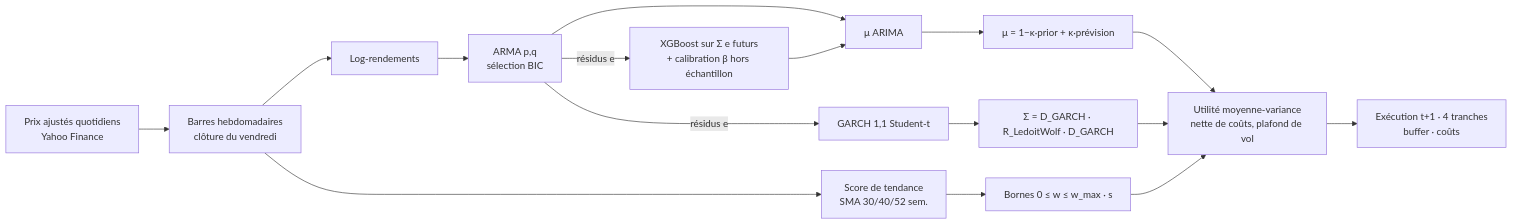
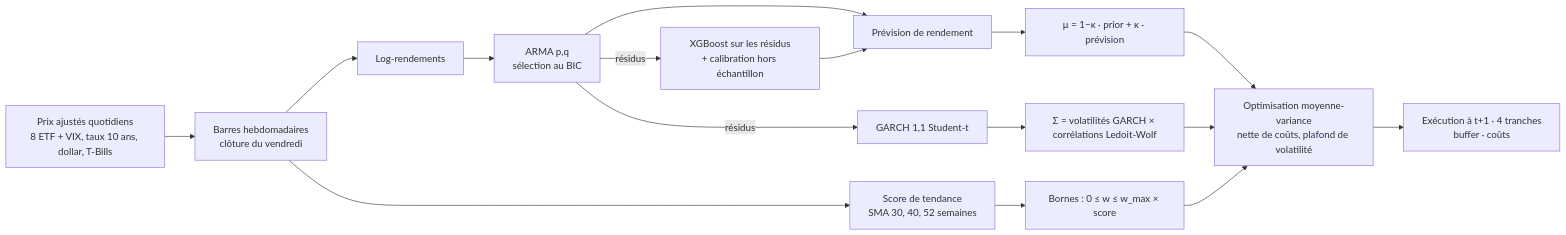
The diagram in README.md (Anto279/strat-invest-direct), drawn with Mermaid before and after one commit. The commit also changed other lines of this file and 37 other files, not shown here.

````diff
--- a/README.md
+++ b/README.md
@@ -25,18 +72,18 @@
 ```mermaid
 flowchart LR
-    A[Prix ajustés quotidiens<br/>Yahoo Finance] --> B[Barres hebdomadaires<br/>clôture du vendredi]
+    A[Prix ajustés quotidiens<br/>8 ETF + VIX, taux 10 ans, dollar, T-Bills] --> B[Barres hebdomadaires<br/>clôture du vendredi]
     B --> C[Log-rendements]
-    B --> T[Score de tendance<br/>SMA 30/40/52 sem.]
-    C --> D[ARMA p,q<br/>sélection BIC]
-    D -->|résidus e| E[GARCH 1,1 Student-t]
-    D -->|résidus e| F[XGBoost sur Σ e futurs<br/>+ calibration β hors échantillon]
-    D --> M[μ ARIMA]
+    B --> T[Score de tendance<br/>SMA 30, 40, 52 semaines]
+    C --> D[ARMA p,q<br/>sélection au BIC]
+    D -->|résidus| E[GARCH 1,1 Student-t]
+    D -->|résidus| F[XGBoost sur les résidus<br/>+ calibration hors échantillon]
+    D --> M[Prévision de rendement]
     F --> M
-    M --> P[μ = 1−κ·prior + κ·prévision]
-    E --> S[Σ = D_GARCH · R_LedoitWolf · D_GARCH]
-    T --> U[Bornes 0 ≤ w ≤ w_max · s]
-    P --> O[Utilité moyenne-variance<br/>nette de coûts, plafond de vol]
+    M --> P[μ = 1−κ · prior + κ · prévision]
+    E --> S[Σ = volatilités GARCH × corrélations Ledoit-Wolf]
+    T --> U[Bornes : 0 ≤ w ≤ w_max × score]
+    P --> O[Optimisation moyenne-variance<br/>nette de coûts, plafond de volatilité]
     S --> O
     U --> O
-    O --> X[Exécution t+1 · 4 tranches<br/>buffer · coûts]
+    O --> X[Exécution à t+1 · 4 tranches<br/>buffer · coûts]
 ```
````
